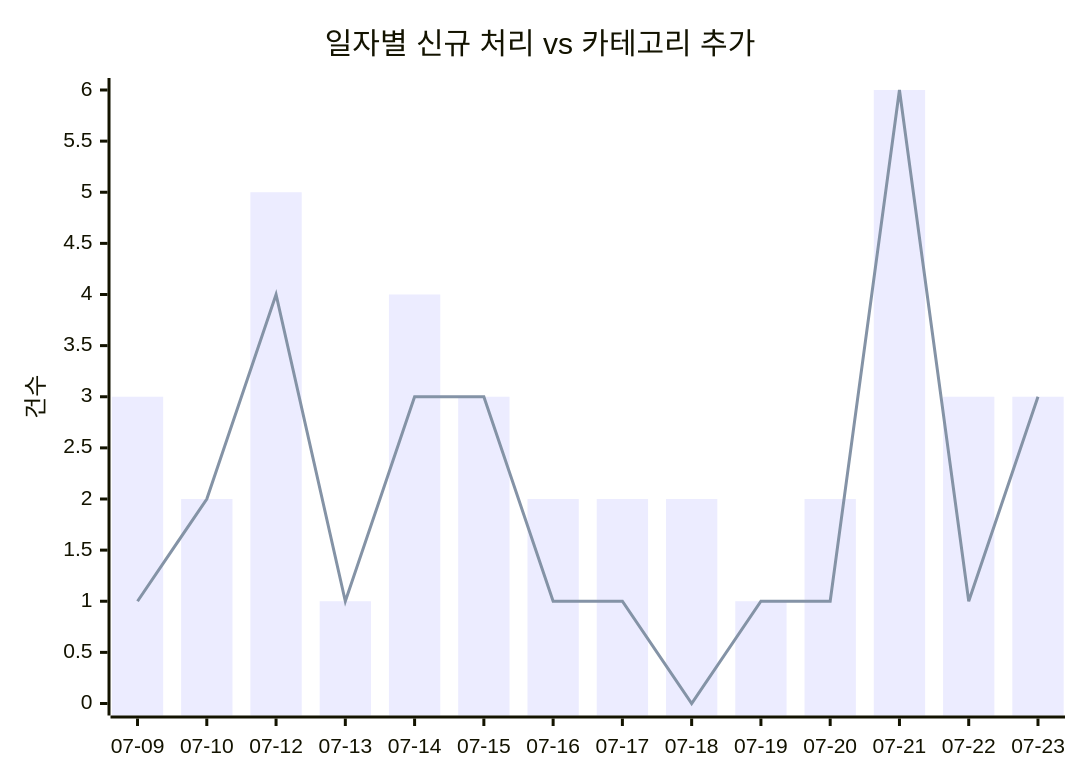
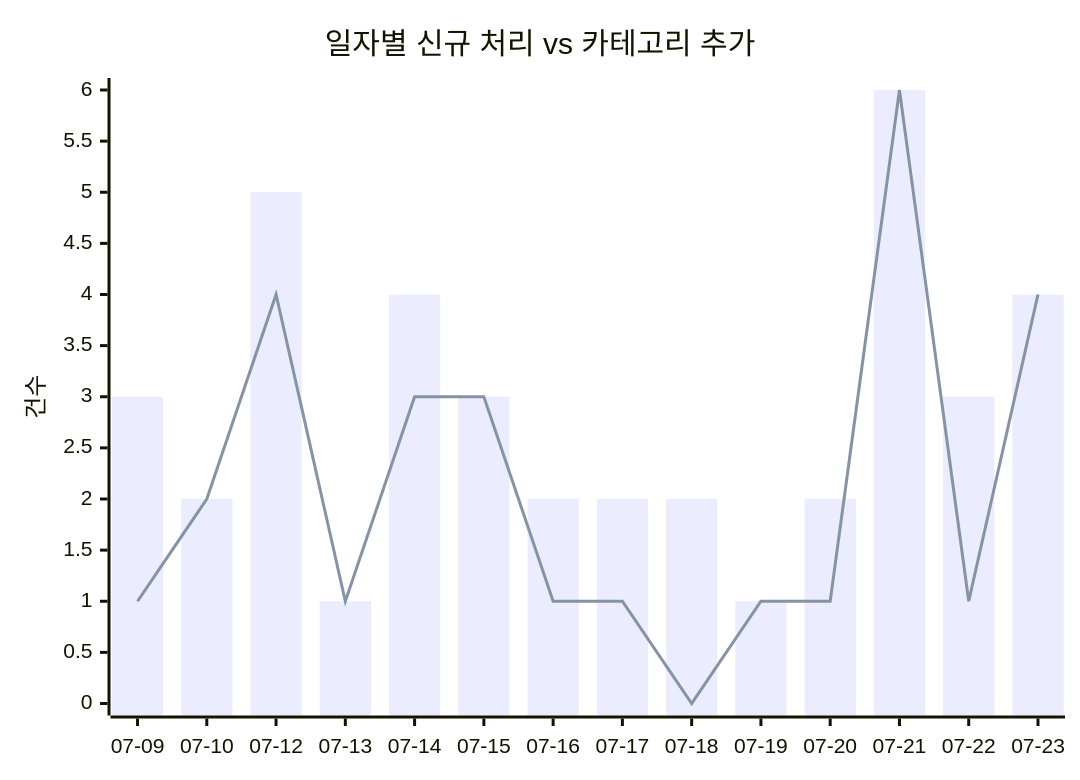
One commit to J-nowcow/awesome-korean-agent-skills changed the first of 2 diagrams in docs/trends.md. Above: the diagram before and after it, drawn with Mermaid. The commit also changed other lines of this file and 3 other files, not shown here.

````diff
--- a/docs/trends.md
+++ b/docs/trends.md
@@ -32,8 +32,8 @@
 ```mermaid
 xychart-beta
     title "일자별 신규 처리 vs 카테고리 추가"
     x-axis ["07-09","07-10","07-12","07-13","07-14","07-15","07-16","07-17","07-18","07-19","07-20","07-21","07-22","07-23"]
     y-axis "건수"
-    bar [3,2,5,1,4,3,2,2,2,1,2,6,3,3]
-    line [1,2,4,1,3,3,1,1,0,1,1,6,1,3]
+    bar [3,2,5,1,4,3,2,2,2,1,2,6,3,4]
+    line [1,2,4,1,3,3,1,1,0,1,1,6,1,4]
 ```
````
